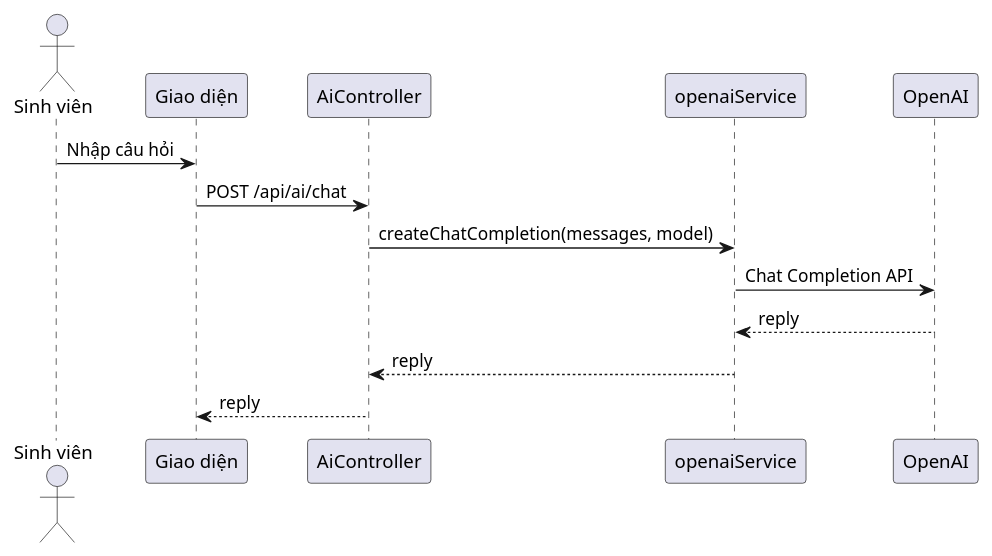
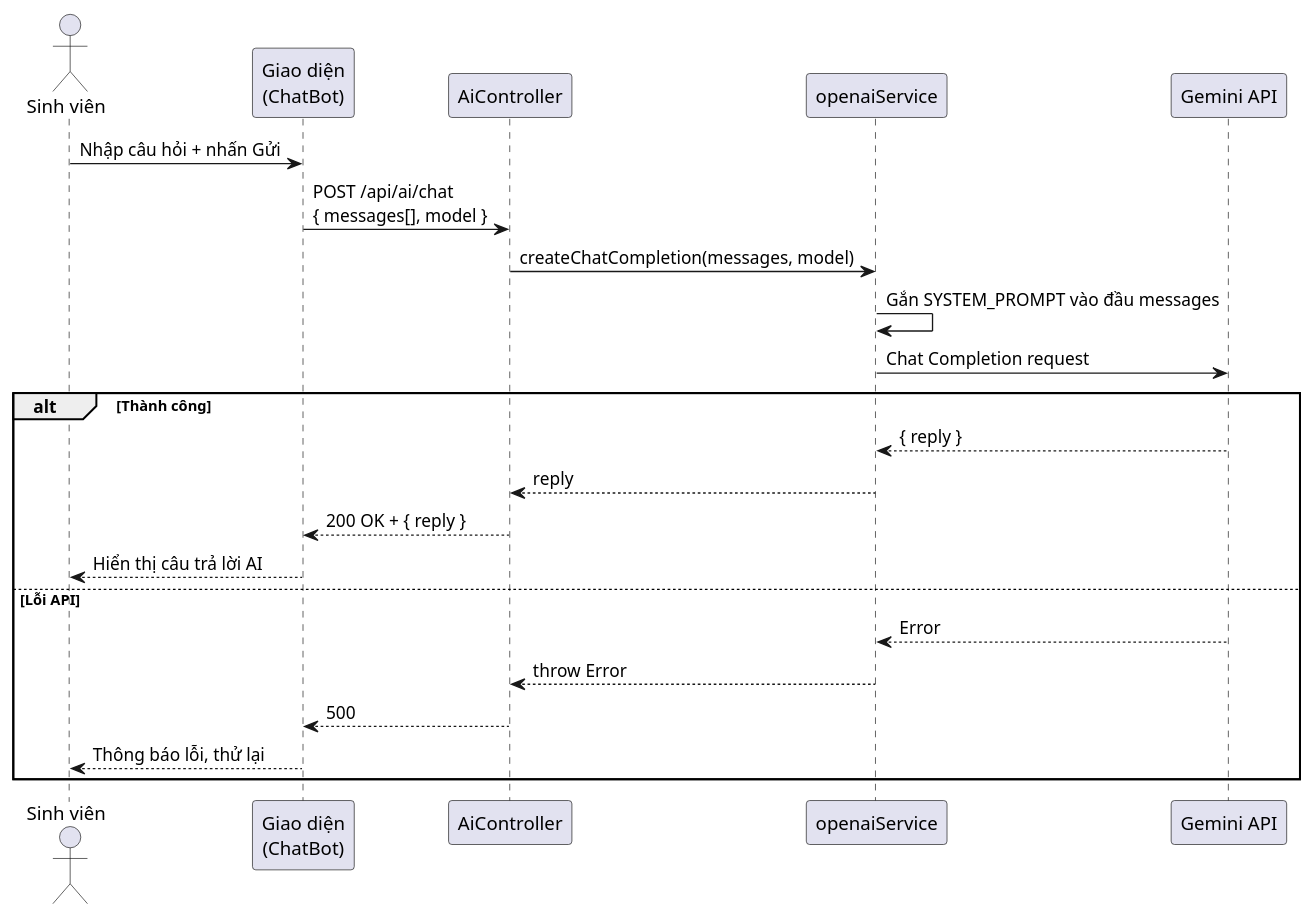
Before and after one commit to s0nbuildtech287/dormitory-frontend: the diagram in diagrams/nhomailog/ai_chatbot_sequence.puml, drawn with PlantUML. The commit also changed 11 other files, not shown here.

```diff
--- a/diagrams/nhomailog/ai_chatbot_sequence.puml
+++ b/diagrams/nhomailog/ai_chatbot_sequence.puml
@@ -1,15 +1,25 @@
 @startuml "AI Chatbot Sequence"
+' Sequence Diagram: Chatbot AI hỗ trợ sinh viên
 actor "Sinh viên" as Student
-participant "Giao diện" as FE
+participant "Giao diện\n(ChatBot)" as FE
 participant "AiController" as AIC
 participant "openaiService" as AIS
-participant "OpenAI" as OpenAI
+participant "Gemini API" as Gemini
 
-Student -> FE: Nhập câu hỏi
-FE -> AIC: POST /api/ai/chat
+Student -> FE: Nhập câu hỏi + nhấn Gửi
+FE -> AIC: POST /api/ai/chat\n{ messages[], model }
 AIC -> AIS: createChatCompletion(messages, model)
-AIS -> OpenAI: Chat Completion API
-OpenAI --> AIS: reply
-AIS --> AIC: reply
-AIC --> FE: reply
+AIS -> AIS: Gắn SYSTEM_PROMPT vào đầu messages
+AIS -> Gemini: Chat Completion request
+alt Thành công
+  Gemini --> AIS: { reply }
+  AIS --> AIC: reply
+  AIC --> FE: 200 OK + { reply }
+  FE --> Student: Hiển thị câu trả lời AI
+else Lỗi API
+  Gemini --> AIS: Error
+  AIS --> AIC: throw Error
+  AIC --> FE: 500
+  FE --> Student: Thông báo lỗi, thử lại
+end
 @enduml
```
